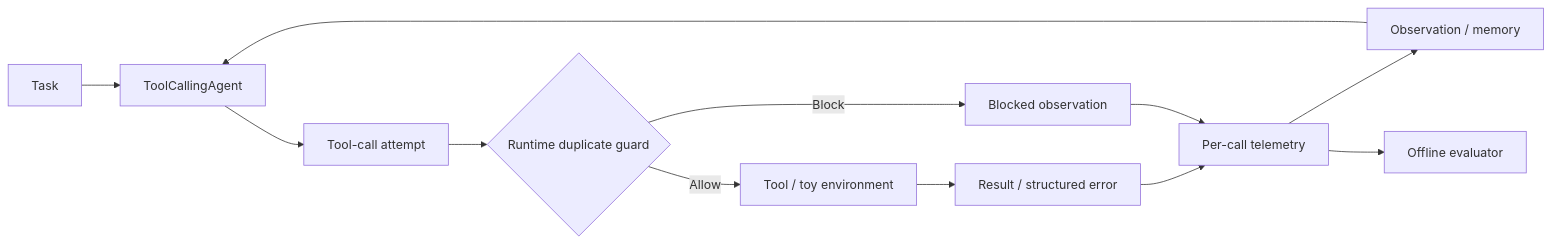
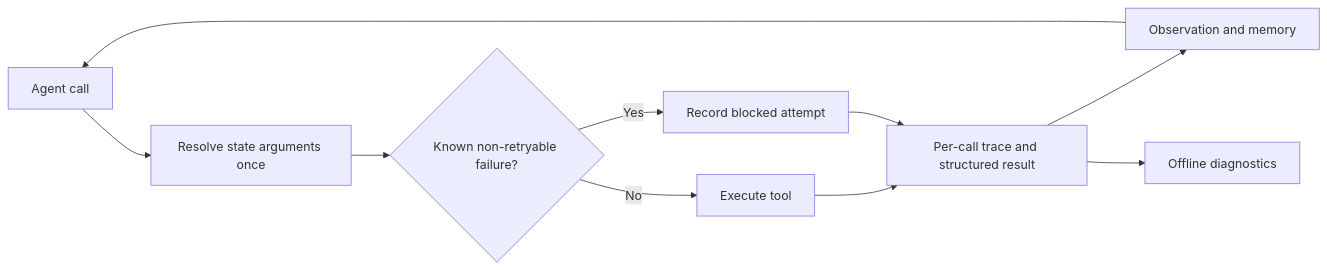
Before and after one commit to Kk111777/ReliableToolAgent: the diagram in README.md, drawn with Mermaid. The commit also changed other lines of this file and 16 other files, not shown here.

````diff
--- a/README.md
+++ b/README.md
@@ -66,14 +47,12 @@
 ```mermaid
 flowchart LR
-    T[Task] --> A[ToolCallingAgent]
-    A --> C[Tool-call attempt]
-    C --> G{Runtime duplicate guard}
-    G -->|Allow| E[Tool / toy environment]
-    G -->|Block| B[Blocked observation]
-    E --> F[Result / structured error]
-    F --> L[Per-call telemetry]
+    A[Agent call] --> R[Resolve state arguments once]
+    R --> G{Known non-retryable failure?}
+    G -->|No| E[Execute tool]
+    G -->|Yes| B[Record blocked attempt]
+    E --> L[Per-call trace and structured result]
     B --> L
-    L --> O[Observation / memory]
-    O --> A
-    L --> V[Offline evaluator]
+    L --> M[Observation and memory]
+    M --> A
+    L --> D[Offline diagnostics]
 ```
````
